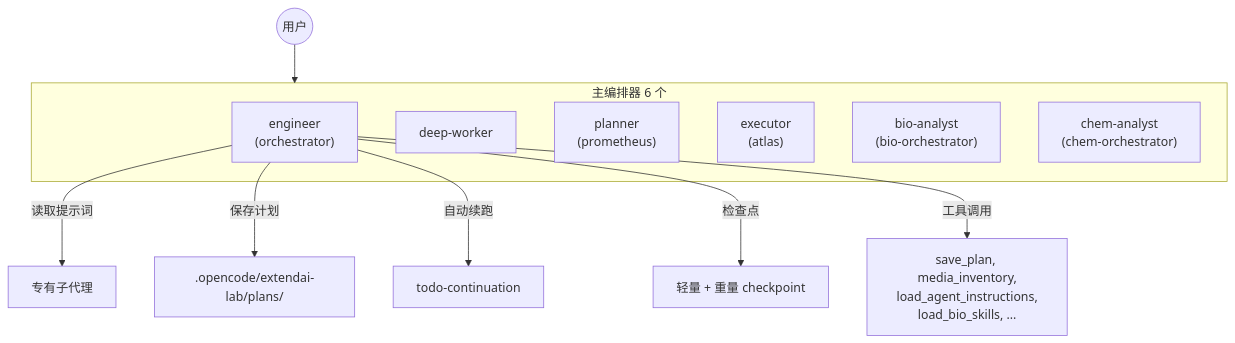
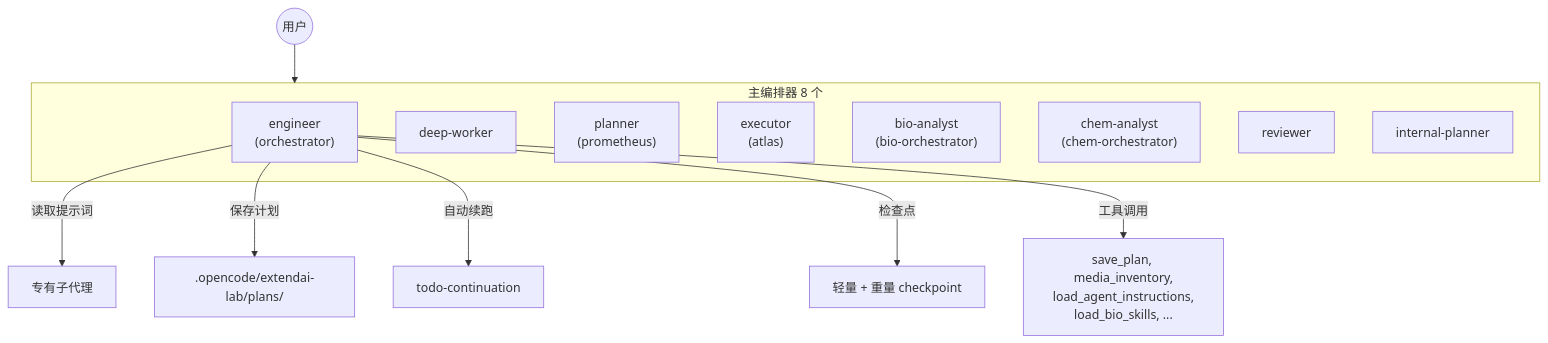
Before and after one commit to BOHUYESHAN-APB/openagent-labforge-bio: the diagram in README.zh-CN.md, drawn with Mermaid. The commit also changed other lines of this file, not shown here.

Commit message:
docs(zh-cn): 与 README.md 同步——Agent 数 6+12=18 改 8+11=19（src/config/constants.ts 为准）; 技能口径 442/64、88 类统一为 617/87（实测 bioSkills 树）; mermaid 补 reviewer/internal-planner

````diff
--- a/README.zh-CN.md
+++ b/README.zh-CN.md
@@ -22,19 +22,21 @@
 ```mermaid
 graph TB
     U((用户)) --> P
 
-    subgraph P[主编排器 6 个]
+    subgraph P[主编排器 8 个]
         O["engineer<br/>(orchestrator)"]
         DW["deep-worker"]
         PL["planner<br/>(prometheus)"]
         AT["executor<br/>(atlas)"]
         BO["bio-analyst<br/>(bio-orchestrator)"]
         CO["chem-analyst<br/>(chem-orchestrator)"]
+        RE["reviewer"]
+        IP["internal-planner"]
     end
 
     O -->|读取提示词| SG[专有子代理]
     O -->|保存计划| SP[.opencode/extendai-lab/plans/]
     O -->|自动续跑| AC[todo-continuation]
     O -->|检查点| CK[轻量 + 重量 checkpoint]
     O -->|工具调用| TL[save_plan, media_inventory,<br/>load_agent_instructions,<br/>load_bio_skills, ...]
 ```
````
